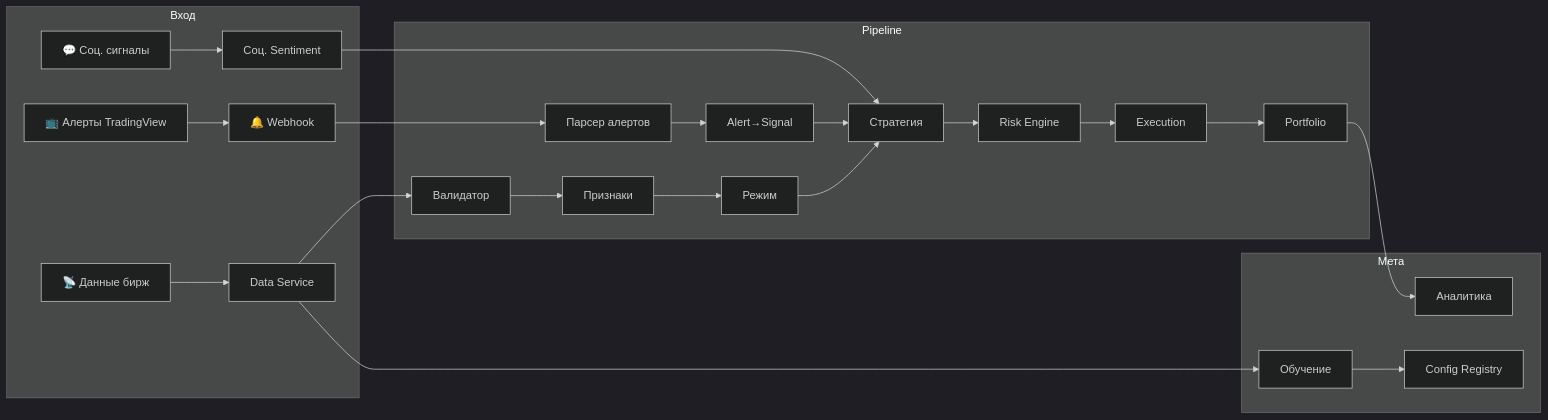
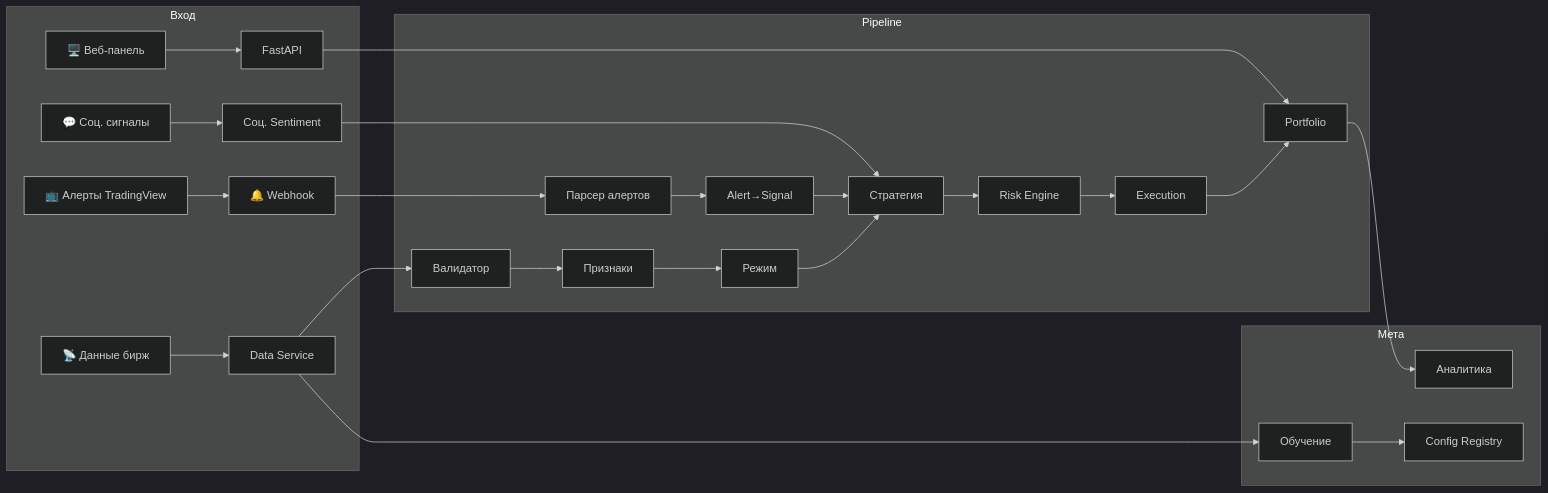
The diagram in README_RU.md (akoffice933-maker/crypto-bot-v4), drawn with Mermaid (dark theme) before and after one commit. The commit also changed other lines of this file and 4 other files, not shown here.

````diff
--- a/README_RU.md
+++ b/README_RU.md
@@ -5,20 +5,22 @@
 ```mermaid
 graph LR
     subgraph Вход
         TV[📺 Алерты TradingView] --> WH[🔔 Webhook]
         EX[📡 Данные бирж] --> DS[Data Service]
         SM[💬 Соц. сигналы] --> SS[Соц. Sentiment]
+        UI[🖥️ Веб-панель] --> API[FastAPI]
     end
     subgraph Pipeline
         WH --> AP[Парсер алертов] --> AC[Alert→Signal]
         DS --> DV[Валидатор] --> FS[Признаки] --> RD[Режим] --> SE[Стратегия]
         AC --> SE
         SS --> SE
         SE --> RE[Risk Engine] --> EE[Execution]
         EE --> PE[Portfolio]
     end
     subgraph Мета
         PE --> AS[Аналитика]
         DS --> LS[Обучение] --> CR[Config Registry]
+        API --> PE
     end
 ```
````
